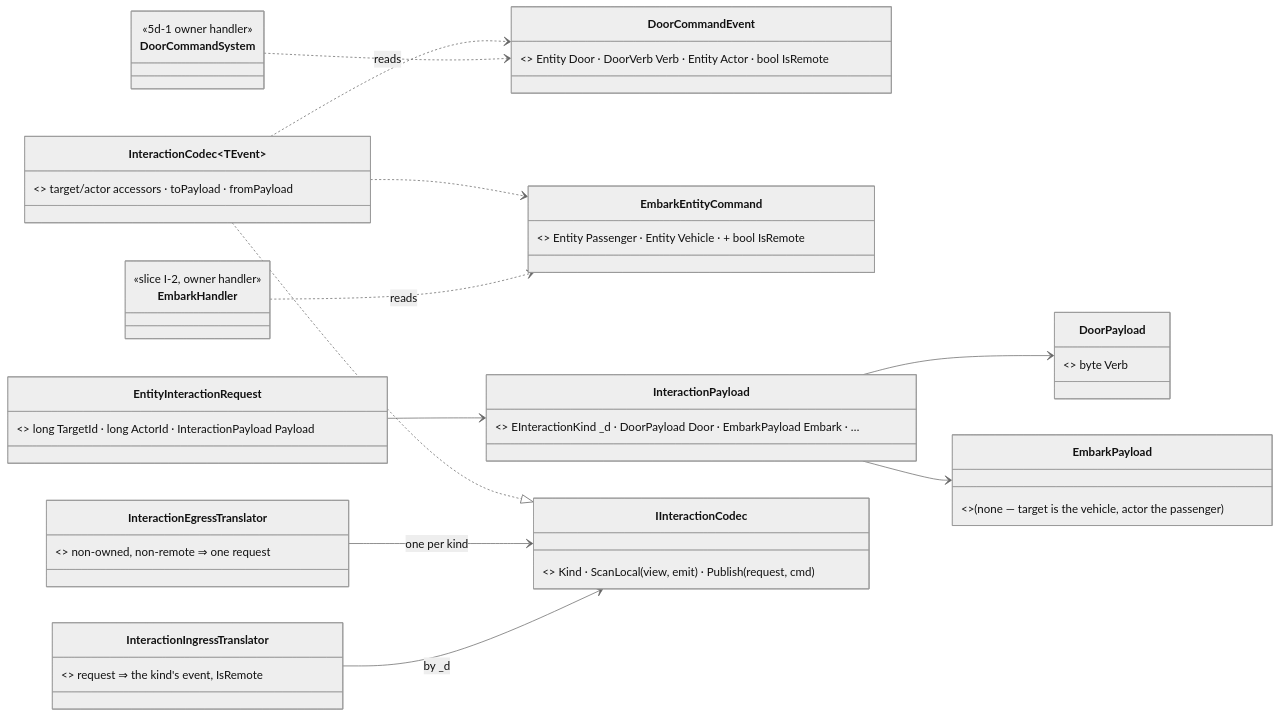
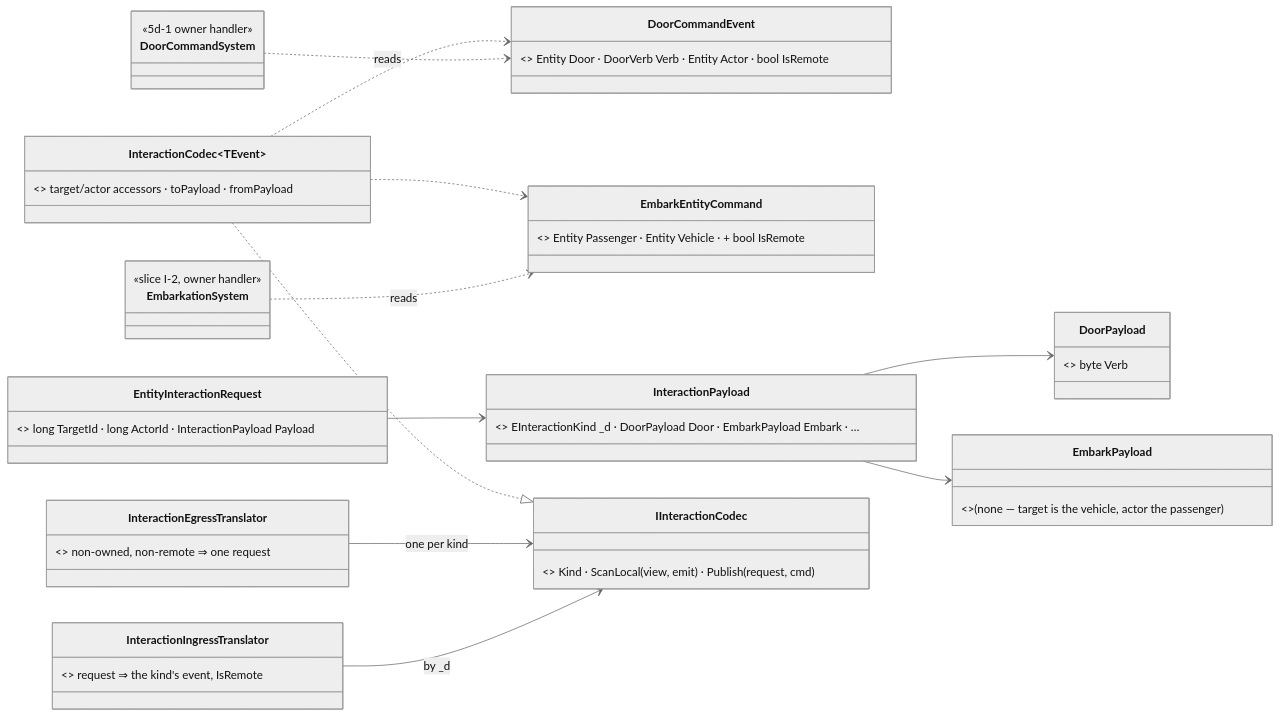
One commit to pjanec/HROT changed the first of 5 diagrams in docs/DESIGN_Entity_Interactions.md. Above: the diagram before and after it, drawn with Mermaid (neutral theme). The commit also changed other lines of this file and 1 other file, not shown here.

First line of the commit message:
docs(CE-3109 I-2): embarkation - one applier, three callers

````diff
--- a/docs/DESIGN_Entity_Interactions.md
+++ b/docs/DESIGN_Entity_Interactions.md
@@ -42,26 +42,26 @@
 ```mermaid
 classDiagram
     direction LR
     class DoorCommandEvent { <<FDP event 5100, as built>> Entity Door · DoorVerb Verb · Entity Actor · bool IsRemote }
     class EmbarkEntityCommand { <<FDP event 3201, existing>> Entity Passenger · Entity Vehicle · + bool IsRemote }
     class EntityInteractionRequest { <<NEW DDS topic>> long TargetId · long ActorId · InteractionPayload Payload }
     class InteractionPayload { <<NEW DDS union>> EInteractionKind _d · DoorPayload Door · EmbarkPayload Embark · … }
     class DoorPayload { <<NEW>> byte Verb }
     class EmbarkPayload { <<NEW>> (none — target is the vehicle, actor the passenger) }
     class IInteractionCodec { <<NEW>> Kind · ScanLocal(view, emit) · Publish(request, cmd) }
     class InteractionCodec~TEvent~ { <<NEW, one per kind>> target/actor accessors · toPayload · fromPayload }
     class InteractionEgressTranslator { <<NEW, one>> non-owned, non-remote ⇒ one request }
     class InteractionIngressTranslator { <<NEW, one>> request ⇒ the kind's event, IsRemote }
     class DoorCommandSystem { <<5d-1 owner handler>> }
-    class EmbarkHandler { <<slice I-2, owner handler>> }
+    class EmbarkationSystem { <<slice I-2, owner handler>> }
     EntityInteractionRequest --> InteractionPayload
     InteractionPayload --> DoorPayload
     InteractionPayload --> EmbarkPayload
     InteractionCodec~TEvent~ ..|> IInteractionCodec
     InteractionEgressTranslator --> IInteractionCodec : one per kind
     InteractionIngressTranslator --> IInteractionCodec : by _d
     InteractionCodec~TEvent~ ..> DoorCommandEvent
     InteractionCodec~TEvent~ ..> EmbarkEntityCommand
     DoorCommandSystem ..> DoorCommandEvent : reads
-    EmbarkHandler ..> EmbarkEntityCommand : reads
+    EmbarkationSystem ..> EmbarkEntityCommand : reads
 ```
````
